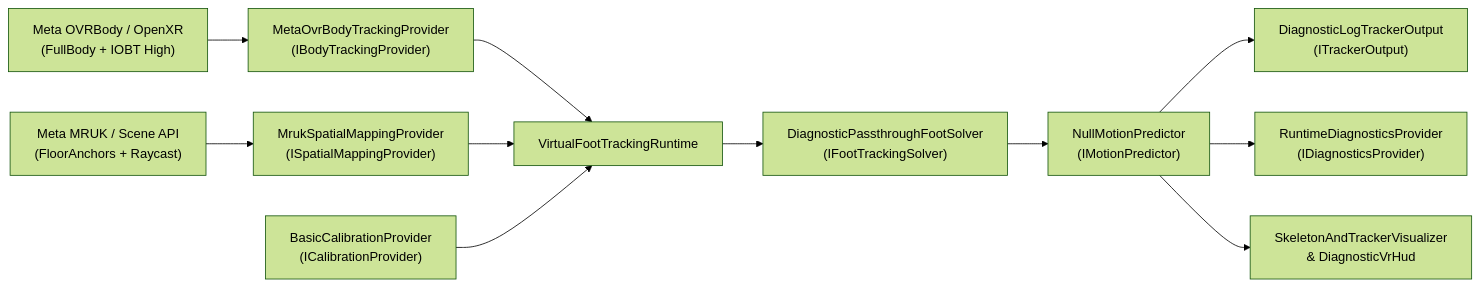
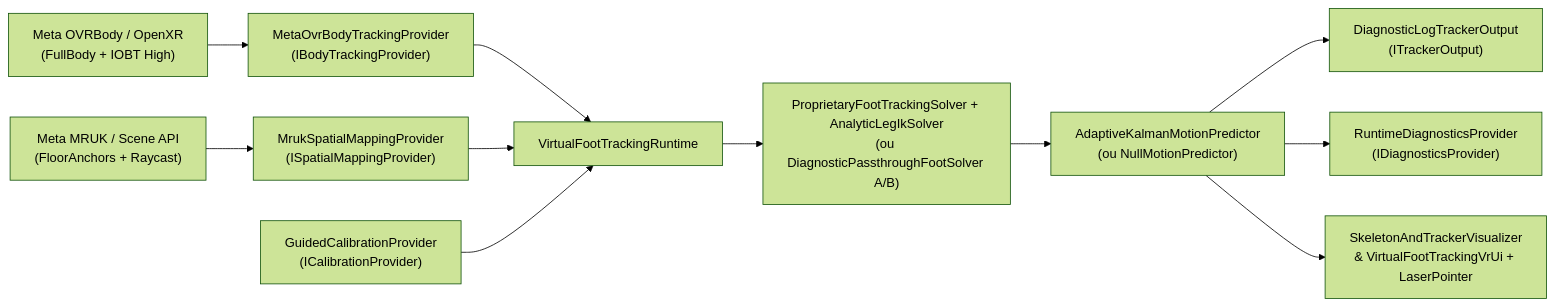
Before and after one commit to Ignuzzz/VirtualFootTracking: the diagram in VirtualFootTracking/Documentation/02_Architecture_and_ADRs.md, drawn with Mermaid (forest theme). The commit also changed other lines of this file and 29 other files, not shown here.

Commit message:
feat(engine): implement Phase 2 Foot Tracking Engine, Kalman predictor, guided calibration, and 5-screen VR UI (v0.2.0)

````diff
--- a/VirtualFootTracking/Documentation/02_Architecture_and_ADRs.md
+++ b/VirtualFootTracking/Documentation/02_Architecture_and_ADRs.md
@@ -7,16 +7,16 @@
 ```mermaid
 flowchart LR
     OVR["Meta OVRBody / OpenXR\n(FullBody + IOBT High)"] --> BTP["MetaOvrBodyTrackingProvider\n(IBodyTrackingProvider)"]
     MRUK["Meta MRUK / Scene API\n(FloorAnchors + Raycast)"] --> SMP["MrukSpatialMappingProvider\n(ISpatialMappingProvider)"]
 
     BTP --> RT["VirtualFootTrackingRuntime"]
     SMP --> RT
-    CAL["BasicCalibrationProvider\n(ICalibrationProvider)"] --> RT
+    CAL["GuidedCalibrationProvider\n(ICalibrationProvider)"] --> RT
 
-    RT --> SOLV["DiagnosticPassthroughFootSolver\n(IFootTrackingSolver)"]
-    SOLV --> PRED["NullMotionPredictor\n(IMotionPredictor)"]
+    RT --> SOLV["ProprietaryFootTrackingSolver + AnalyticLegIkSolver\n(ou DiagnosticPassthroughFootSolver A/B)"]
+    SOLV --> PRED["AdaptiveKalmanMotionPredictor\n(ou NullMotionPredictor)"]
 
     PRED --> OUT["DiagnosticLogTrackerOutput\n(ITrackerOutput)"]
     PRED --> DIAG["RuntimeDiagnosticsProvider\n(IDiagnosticsProvider)"]
-    PRED --> VIS["SkeletonAndTrackerVisualizer\n& DiagnosticVrHud"]
+    PRED --> VIS["SkeletonAndTrackerVisualizer\n& VirtualFootTrackingVrUi + LaserPointer"]
 ```
````
